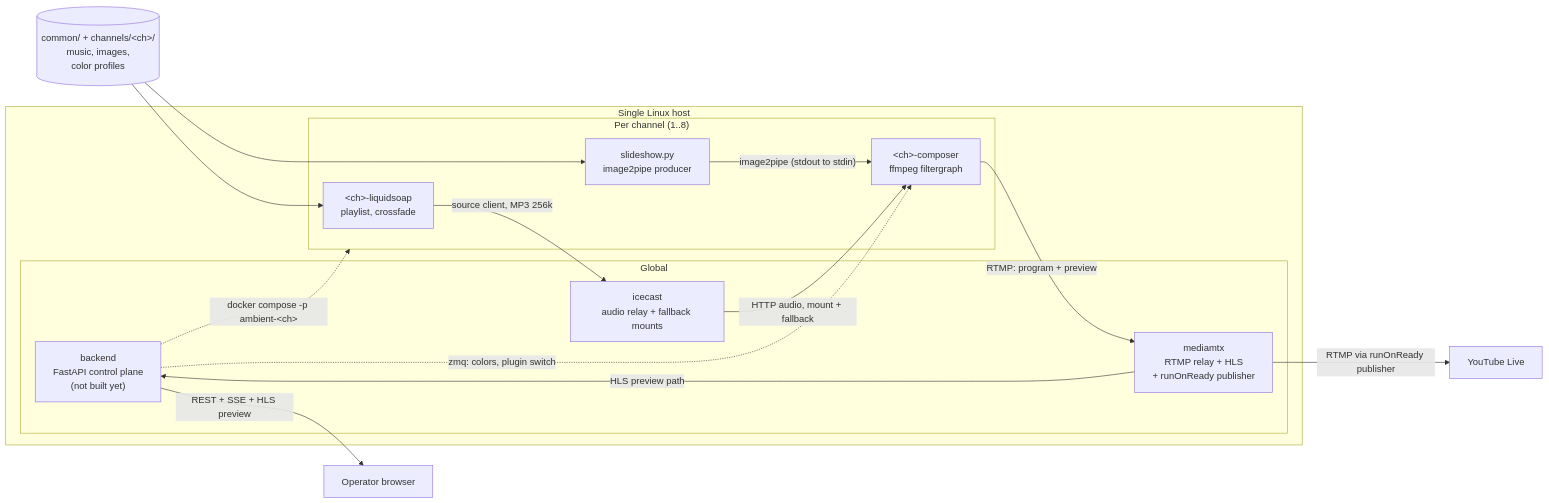
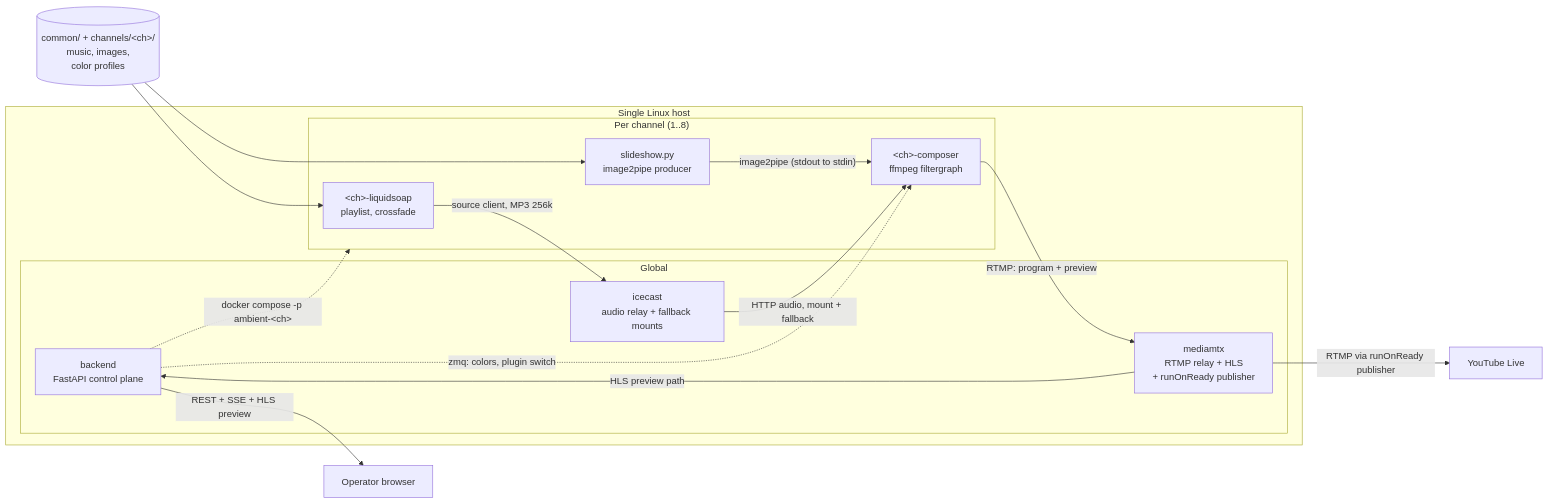
Before and after one commit to MikeKemmerer/ambient-streamer: the diagram in docs/architecture.md, drawn with Mermaid. The commit also changed other lines of this file and 79 other files, not shown here.

First line of the commit message:
Phases 2-6: control plane, web UI, plugins, presets, packaging and docs

````diff
--- a/docs/architecture.md
+++ b/docs/architecture.md
@@ -419,30 +427,30 @@
 ```mermaid
 flowchart LR
     subgraph host["Single Linux host"]
         subgraph globals["Global"]
-            backend["backend<br/>FastAPI control plane<br/>(not built yet)"]
+            backend["backend<br/>FastAPI control plane"]
             ice["icecast<br/>audio relay + fallback mounts"]
             relay["mediamtx<br/>RTMP relay + HLS<br/>+ runOnReady publisher"]
         end
 
         subgraph chan["Per channel (1..8)"]
             liq["&lt;ch&gt;-liquidsoap<br/>playlist, crossfade"]
             slides["slideshow.py<br/>image2pipe producer"]
             comp["&lt;ch&gt;-composer<br/>ffmpeg filtergraph"]
         end
     end
 
     media[("common/ + channels/&lt;ch&gt;/<br/>music, images,<br/>color profiles")]
 
     media --> liq
     media --> slides
     slides -->|"image2pipe (stdout to stdin)"| comp
     liq -->|"source client, MP3 256k"| ice
     ice -->|"HTTP audio, mount + fallback"| comp
     backend -.->|"docker compose -p ambient-&lt;ch&gt;"| chan
     backend -.->|"zmq: colors, plugin switch"| comp
     comp -->|"RTMP: program + preview"| relay
     relay -->|"RTMP via runOnReady publisher"| yt["YouTube Live"]
     relay -->|"HLS preview path"| backend
     backend -->|"REST + SSE + HLS preview"| ui["Operator browser"]
 ```
````
